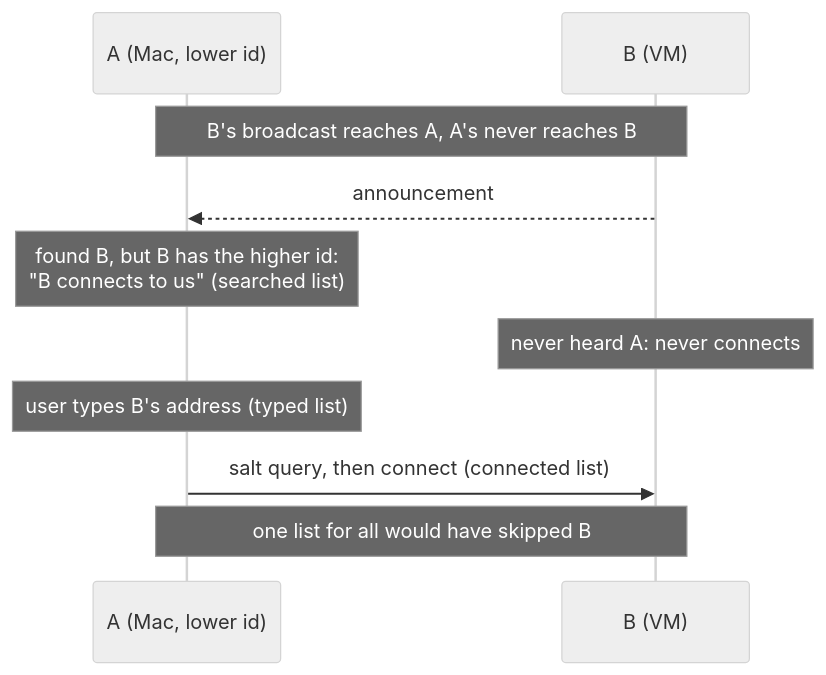
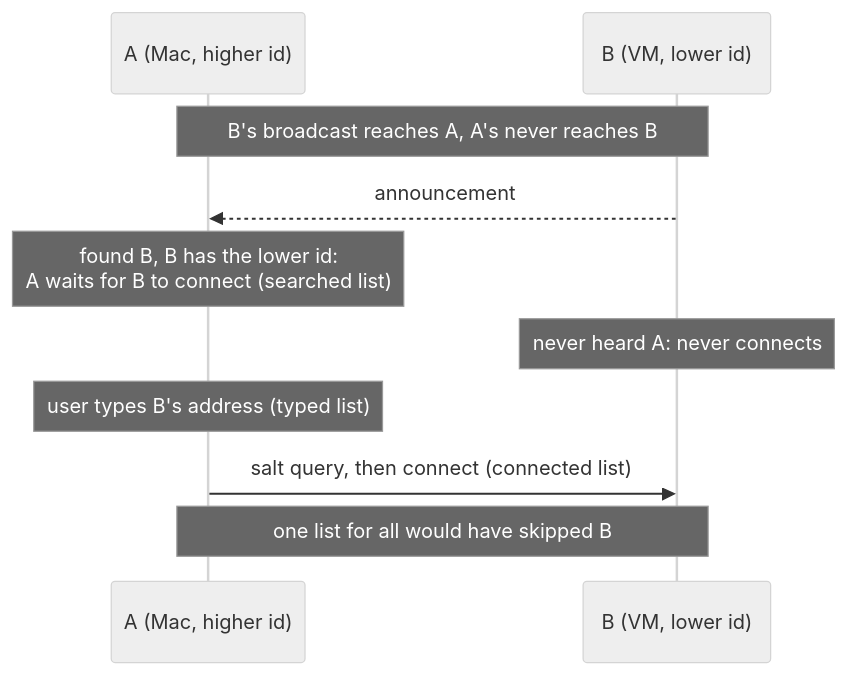
Before and after one commit to czarekkdev/cesaconn: the third of 3 diagrams in docs/diagrams/add-device.md, drawn with Mermaid (neutral theme). The commit also changed other lines of this file and 10 other files, not shown here.

First line of the commit message:
docs(diagrams): match the code on the review points

````diff
--- a/docs/diagrams/add-device.md
+++ b/docs/diagrams/add-device.md
@@ -51,12 +56,12 @@
 ```mermaid
 sequenceDiagram
-    participant A as A (Mac, lower id)
-    participant B as B (VM)
+    participant A as A (Mac, higher id)
+    participant B as B (VM, lower id)
     Note over A,B: B's broadcast reaches A, A's never reaches B
     B-->>A: announcement
-    Note over A: found B, but B has the higher id:<br/>"B connects to us" (searched list)
+    Note over A: found B, B has the lower id:<br/>A waits for B to connect (searched list)
     Note over B: never heard A: never connects
     Note over A: user types B's address (typed list)
     A->>B: salt query, then connect (connected list)
     Note over A,B: one list for all would have skipped B
 ```
````
